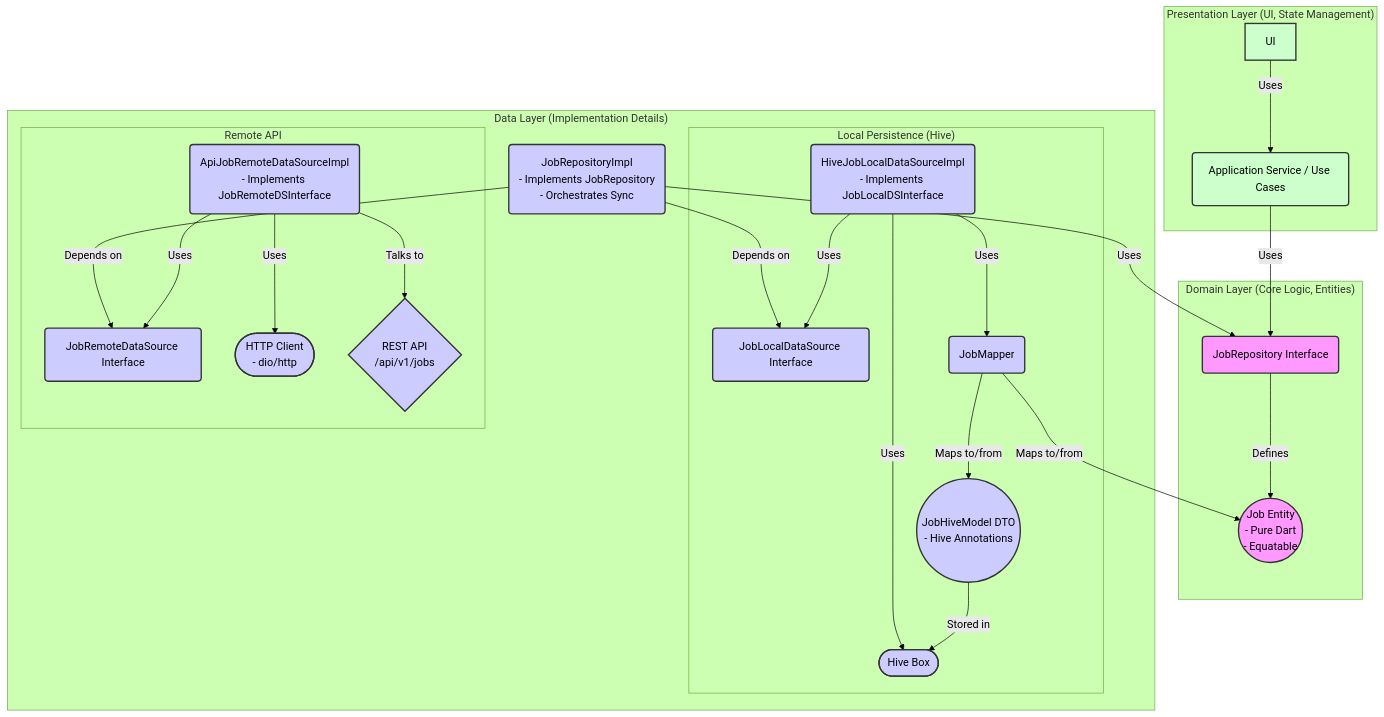
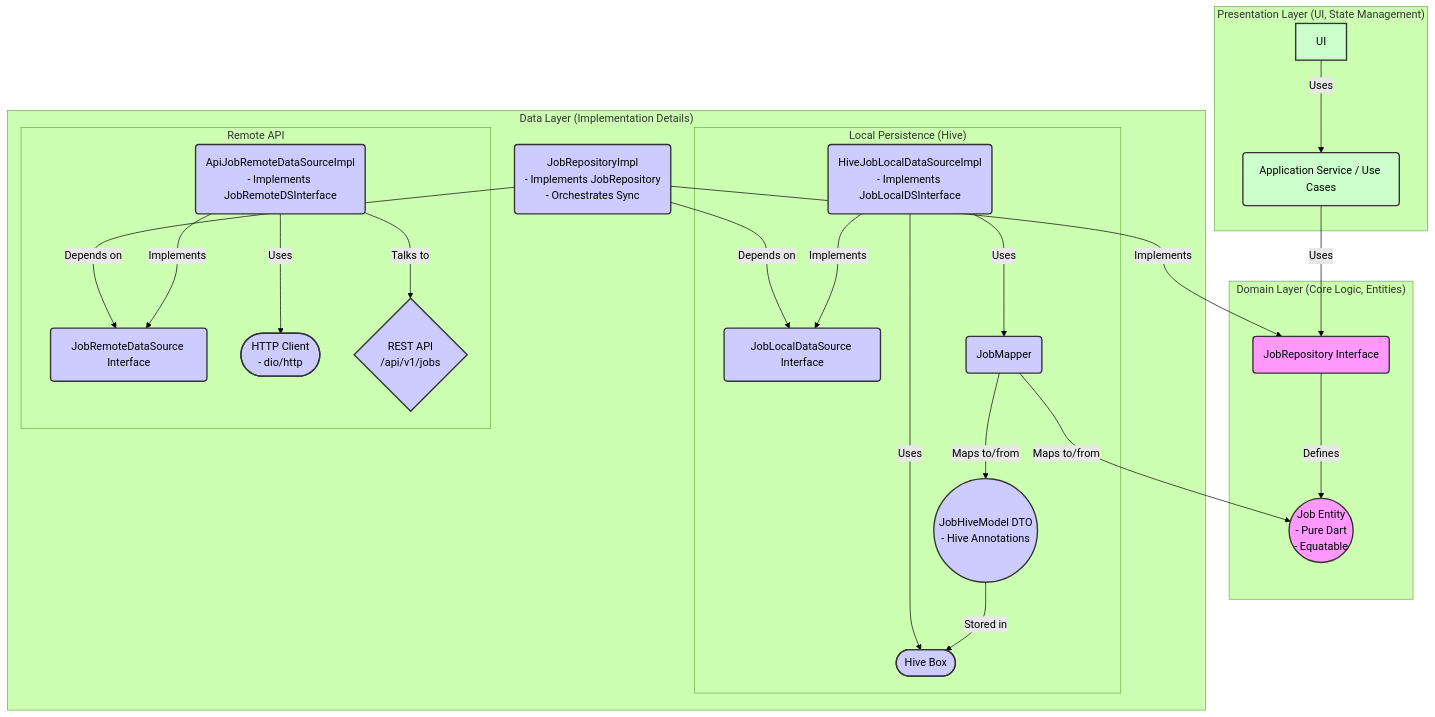
Before and after one commit to MediScribe/docjet-mobile: the first of 3 diagrams in docs/fresh-start/architecture.md, drawn with Mermaid (forest theme). The commit also changed other lines of this file and 34 other files, not shown here.

````diff
--- a/docs/fresh-start/architecture.md
+++ b/docs/fresh-start/architecture.md
@@ -3,44 +3,44 @@
 ```mermaid
 graph TD
     subgraph "Presentation Layer (UI, State Management)"
         UI -->|Uses| AppService(Application Service / Use Cases)
     end
 
     subgraph "Domain Layer (Core Logic, Entities)"
         AppService -->|Uses| JobRepositoryInterface(JobRepository Interface)
         JobEntity((Job Entity\n- Pure Dart\n- Equatable))
         JobRepositoryInterface -- Defines --> JobEntity
     end
 
     subgraph "Data Layer (Implementation Details)"
-        JobRepositoryImpl(JobRepositoryImpl\n- Implements JobRepository\n- Orchestrates Sync) -->|Uses| JobRepositoryInterface
+        JobRepositoryImpl(JobRepositoryImpl\n- Implements JobRepository\n- Orchestrates Sync) -->|Implements| JobRepositoryInterface
         JobRepositoryImpl -->|Depends on| JobLocalDSInterface(JobLocalDataSource Interface)
         JobRepositoryImpl -->|Depends on| JobRemoteDSInterface(JobRemoteDataSource Interface)
 
         subgraph "Local Persistence (Hive)"
-            HiveJobLocalDS(HiveJobLocalDataSourceImpl\n- Implements JobLocalDSInterface) -->|Uses| JobLocalDSInterface
+            HiveJobLocalDS(HiveJobLocalDataSourceImpl\n- Implements JobLocalDSInterface) -->|Implements| JobLocalDSInterface
             HiveJobLocalDS -->|Uses| JobMapper(JobMapper)
             HiveJobLocalDS -->|Uses| HiveBox([Hive Box])
             JobMapper -->|Maps to/from| JobHiveModel((JobHiveModel DTO\n- Hive Annotations))
             JobMapper -->|Maps to/from| JobEntity
             JobHiveModel -- Stored in --> HiveBox
         end
 
         subgraph "Remote API"
-            ApiJobRemoteDS(ApiJobRemoteDataSourceImpl\n- Implements JobRemoteDSInterface) -->|Uses| JobRemoteDSInterface
+            ApiJobRemoteDS(ApiJobRemoteDataSourceImpl\n- Implements JobRemoteDSInterface) -->|Implements| JobRemoteDSInterface
             ApiJobRemoteDS -->|Uses| HttpClient([HTTP Client\n- dio/http])
             ApiJobRemoteDS -->|Talks to| RestAPI{REST API\n/api/v1/jobs}
             %% ApiJobRemoteDS -->|Maps JSON to/from| JobEntity %% Potentially needs ApiDTO later
         end
     end
 
     %% Styling for clarity
     classDef domain fill:#f9f,stroke:#333,stroke-width:2px;
     classDef data fill:#ccf,stroke:#333,stroke-width:2px;
     classDef presentation fill:#cfc,stroke:#333,stroke-width:2px;
 
     class JobEntity,JobRepositoryInterface domain;
     class JobRepositoryImpl,JobLocalDSInterface,JobRemoteDSInterface,HiveJobLocalDS,ApiJobRemoteDS,JobMapper,JobHiveModel,HiveBox,HttpClient,RestAPI data;
     class UI,AppService presentation;
 
 ```
````
